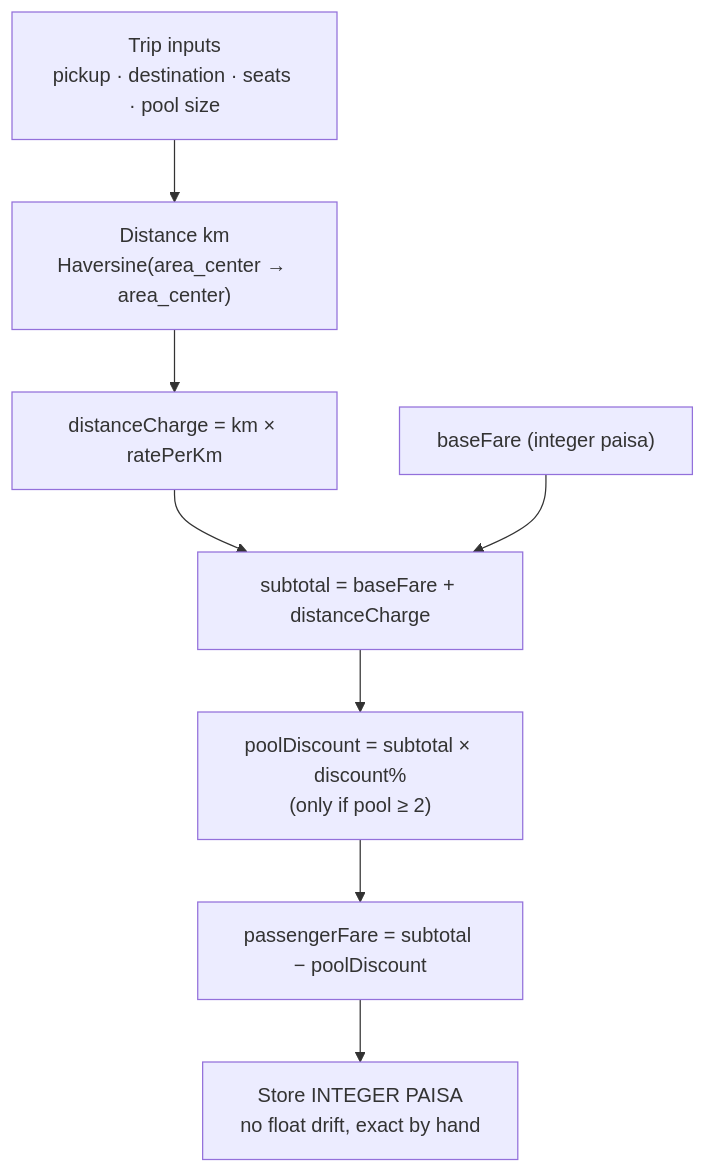
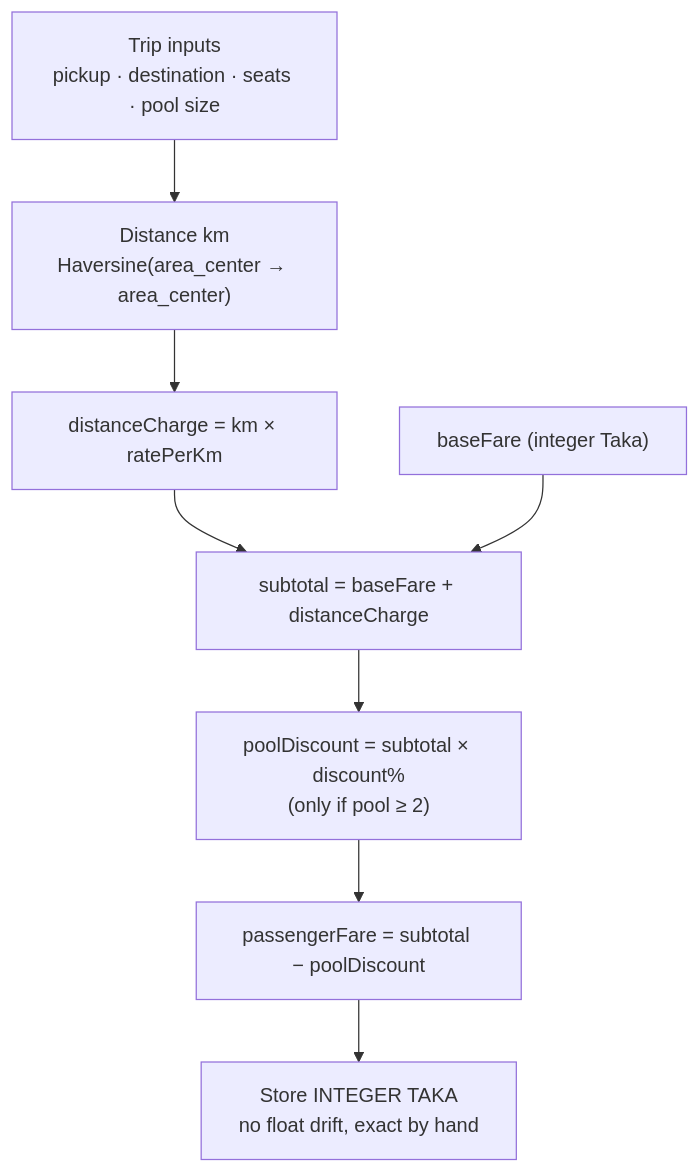
The fifth of 6 diagrams in plan.md (Saiful1253/Dhaka-Tasla-Task), drawn with Mermaid before and after one commit. The commit also changed other lines of this file and 14 other files, not shown here.

Commit message:
refactor(fare): use Taka throughout

````diff
--- a/plan.md
+++ b/plan.md
@@ -244,15 +244,15 @@
 ```mermaid
 flowchart TB
     IN["Trip inputs\npickup · destination · seats · pool size"]
     DIST["Distance km\nHaversine(area_center → area_center)"]
-    BASE["baseFare (integer paisa)"]
+    BASE["baseFare (integer Taka)"]
     DC["distanceCharge = km × ratePerKm"]
     SUB["subtotal = baseFare + distanceCharge"]
     DISC["poolDiscount = subtotal × discount%\n(only if pool ≥ 2)"]
     TOT["passengerFare = subtotal − poolDiscount"]
-    OUT["Store INTEGER PAISA\nno float drift, exact by hand"]
+    OUT["Store INTEGER TAKA\nno float drift, exact by hand"]
 
     IN --> DIST --> DC --> SUB
     BASE --> SUB
     SUB --> DISC --> TOT --> OUT
 ```
````
